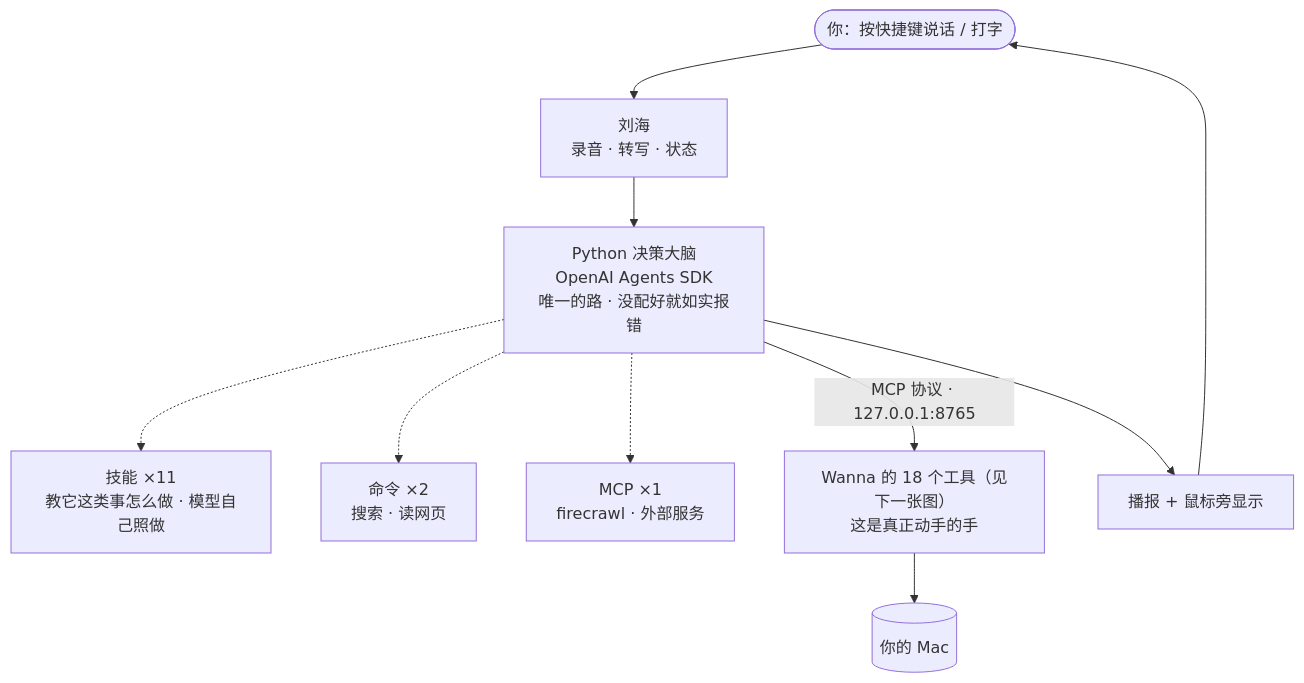
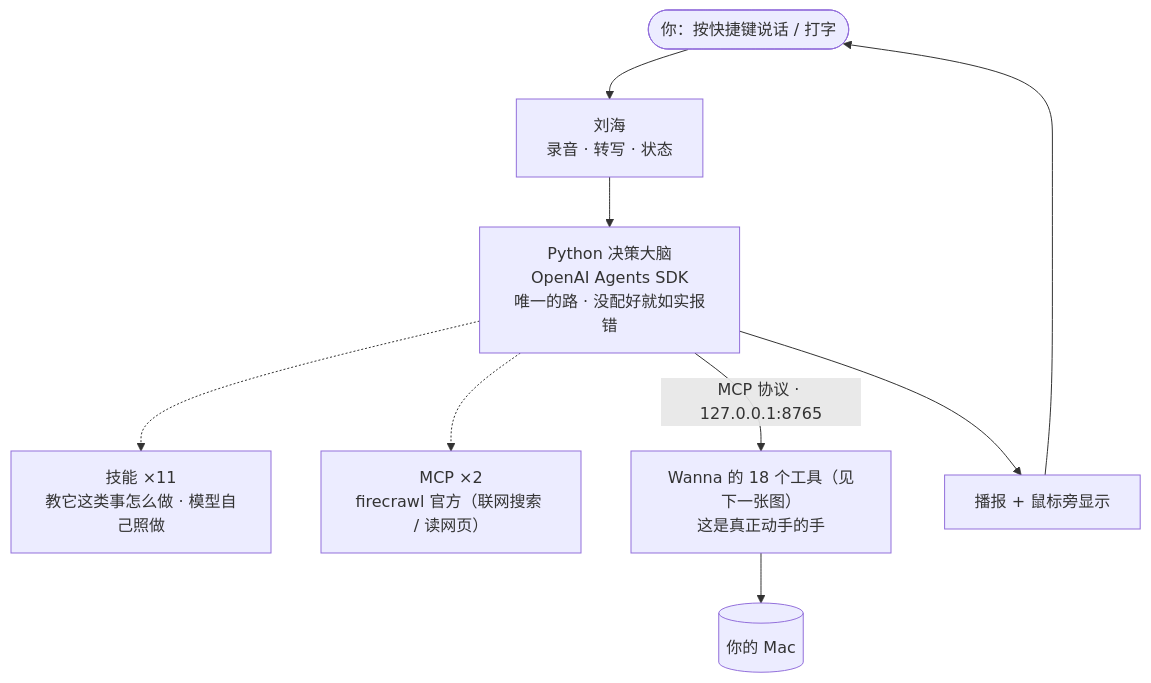
The first of 2 diagrams in 全局框架/00-项目全貌.md (nash-aigc/wanna), drawn with Mermaid before and after one commit. The commit also changed other lines of this file, not shown here.

First line of the commit message:
修《项目全貌》图 1 里一格假的东西：Python 够不着「命令 ×2」

````diff
--- a/全局框架/00-项目全貌.md
+++ b/全局框架/00-项目全貌.md
@@ -12,14 +12,13 @@
 ```mermaid
 flowchart TB
     U([你：按快捷键说话 / 打字]) --> N["刘海<br/>录音 · 转写 · 状态"]
     N --> P["Python 决策大脑<br/>OpenAI Agents SDK<br/>唯一的路 · 没配好就如实报错"]
 
     P -.-> C1["技能 ×11<br/>教它这类事怎么做 · 模型自己照做"]
-    P -.-> C2["命令 ×2<br/>搜索 · 读网页"]
-    P -.-> C3["MCP ×1<br/>firecrawl · 外部服务"]
+    P -.-> C2["MCP ×2<br/>firecrawl 官方（联网搜索 / 读网页）"]
 
     P -->|MCP 协议 · 127.0.0.1:8765| H["Wanna 的 18 个工具（见下一张图）<br/>这是真正动手的手"]
     H --> MAC[(你的 Mac)]
     P --> R["播报 + 鼠标旁显示"]
     R --> U
 ```
````
